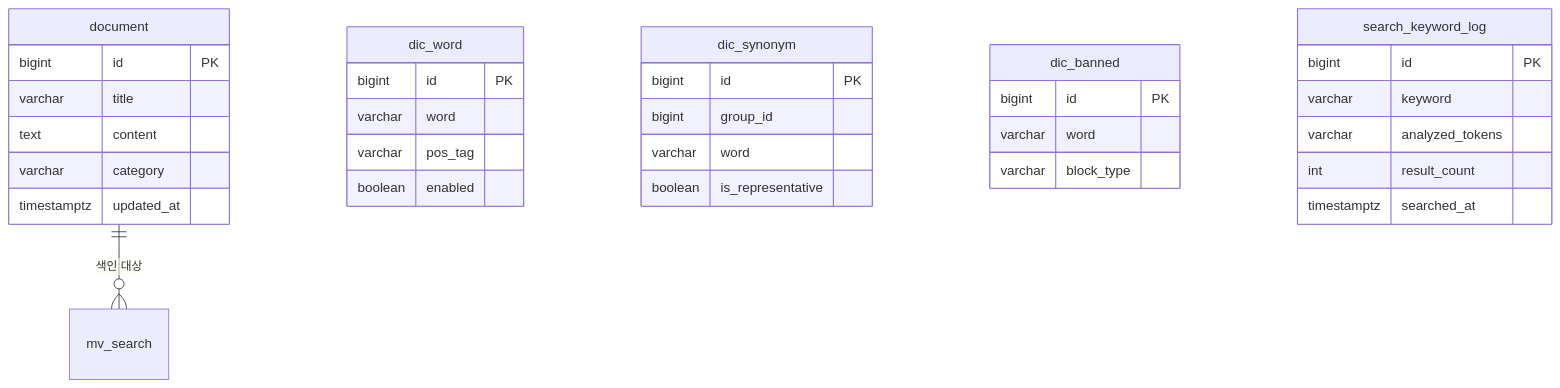
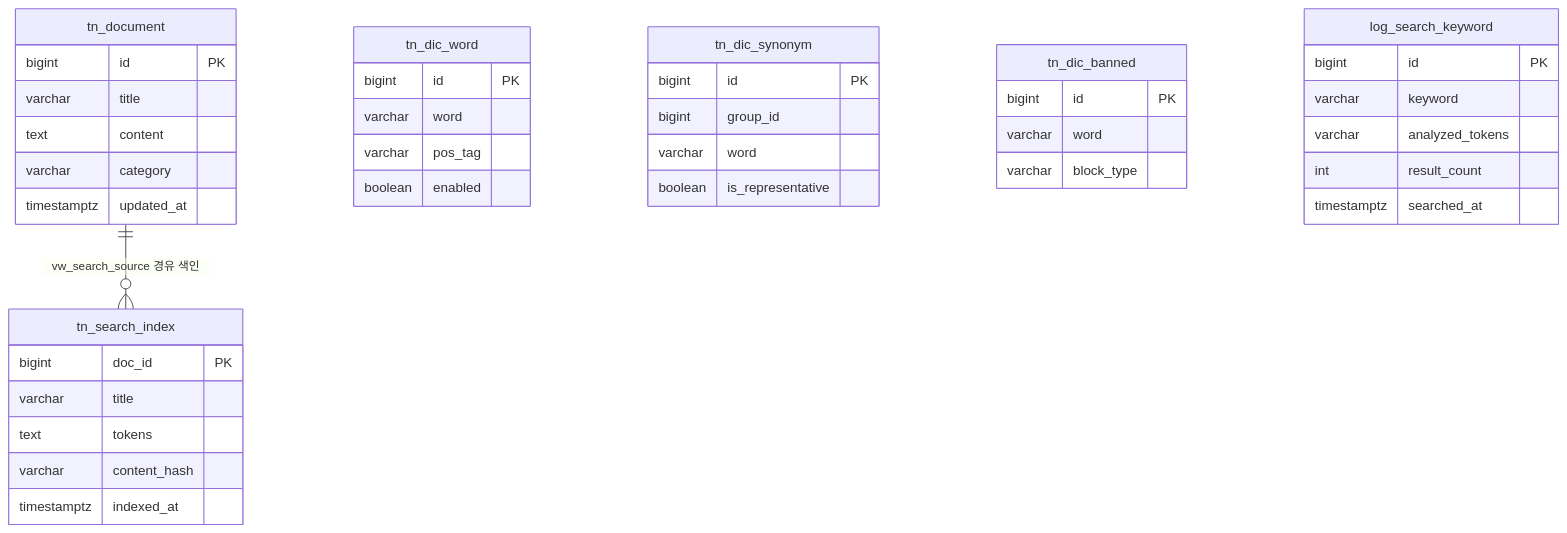
One commit to kingja51/search changed the diagram in DESIGN.md. Above: the diagram before and after it, drawn with Mermaid. The commit also changed other lines of this file, not shown here.

Commit message:
docs: 테이블 접두사(tn_/log_/vw_), 해시 기반 스케줄 색인 동기화, context path(/search) 반영

````diff
--- a/DESIGN.md
+++ b/DESIGN.md
@@ -89,35 +97,42 @@
 ```mermaid
 erDiagram
-    document ||--o{ mv_search : "색인 대상"
-    dic_word {
+    tn_document ||--o{ tn_search_index : "vw_search_source 경유 색인"
+    tn_dic_word {
         bigint id PK
         varchar word
         varchar pos_tag
         boolean enabled
     }
-    dic_synonym {
+    tn_dic_synonym {
         bigint id PK
         bigint group_id
         varchar word
         boolean is_representative
     }
-    dic_banned {
+    tn_dic_banned {
         bigint id PK
         varchar word
         varchar block_type
     }
-    document {
+    tn_document {
         bigint id PK
         varchar title
         text content
         varchar category
         timestamptz updated_at
     }
-    search_keyword_log {
+    tn_search_index {
+        bigint doc_id PK
+        varchar title
+        text tokens
+        varchar content_hash
+        timestamptz indexed_at
+    }
+    log_search_keyword {
         bigint id PK
         varchar keyword
         varchar analyzed_tokens
         int result_count
         timestamptz searched_at
     }
 ```
````
